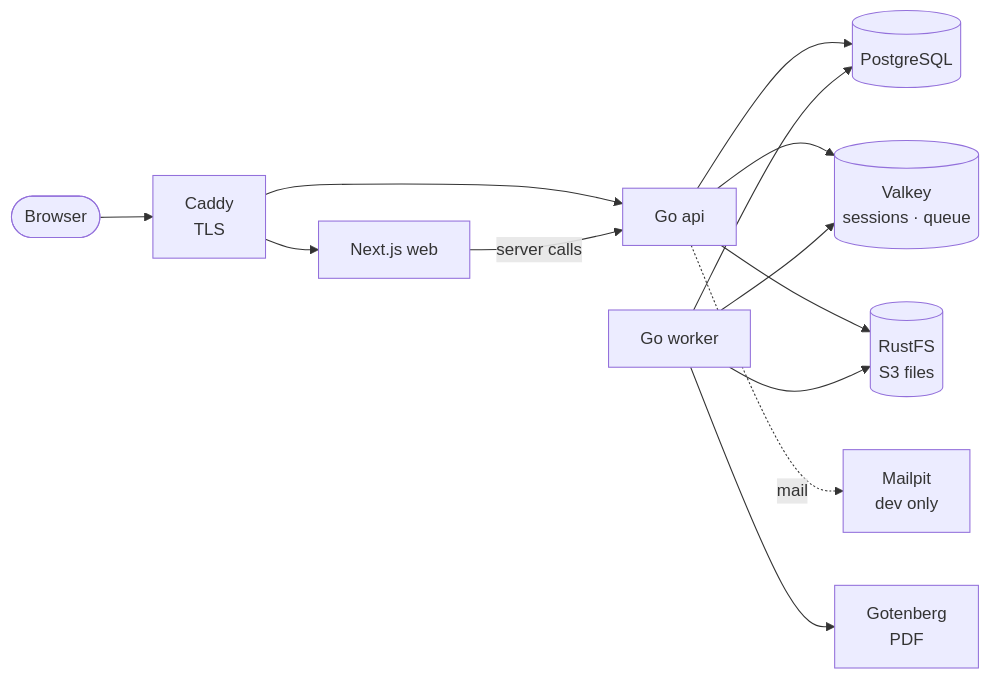
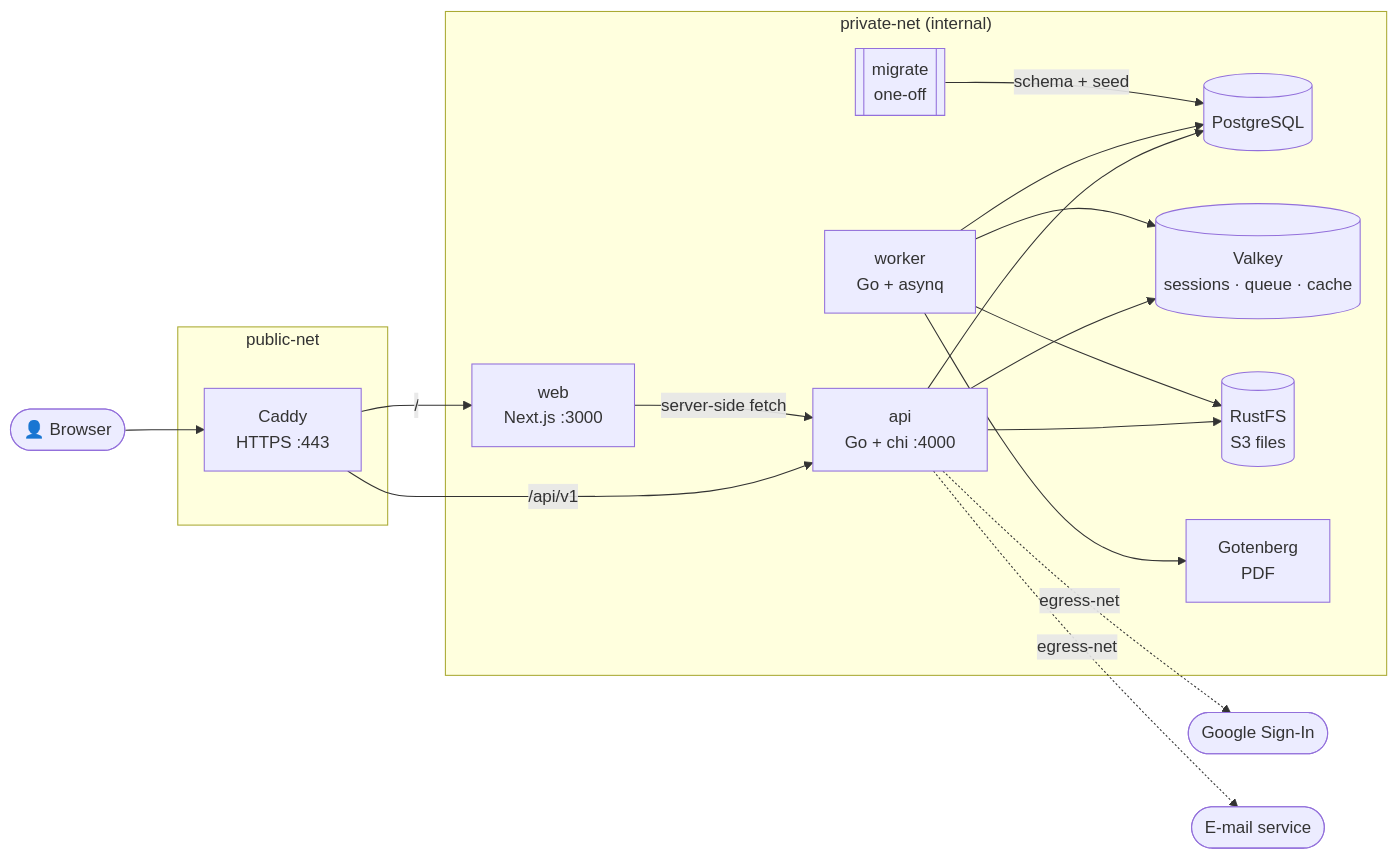
The first of 4 diagrams in README.md (suppakorn-tae/cre-website), drawn with Mermaid before and after one commit. The commit also changed other lines of this file, not shown here.

First line of the commit message:
docs(repo): add architecture, flow and scoring diagrams to readme

````diff
--- a/README.md
+++ b/README.md
@@ -155,15 +157,30 @@
 ```mermaid
 flowchart LR
-    browser([Browser]) --> caddy[Caddy<br/>TLS]
-    caddy --> web[Next.js web]
-    caddy --> api[Go api]
-    web -- server calls --> api
-    api --> db[(PostgreSQL)]
-    api --> valkey[(Valkey<br/>sessions · queue)]
-    api --> s3[(RustFS<br/>S3 files)]
-    worker[Go worker] --> db
-    worker --> valkey
-    worker --> s3
-    worker --> gotenberg[Gotenberg<br/>PDF]
-    api -. mail .-> mailpit[Mailpit<br/>dev only]
+    user([👤 Browser])
+    google([Google Sign-In])
+    mail([E-mail service])
+
+    subgraph public["public-net"]
+        caddy[Caddy<br/>HTTPS :443]
+    end
+
+    subgraph private["private-net (internal)"]
+        web[web<br/>Next.js :3000]
+        api[api<br/>Go + chi :4000]
+        worker[worker<br/>Go + asynq]
+        migrate[[migrate<br/>one-off]]
+        db[(PostgreSQL)]
+        valkey[(Valkey<br/>sessions · queue · cache)]
+        s3[(RustFS<br/>S3 files)]
+        pdf[Gotenberg<br/>PDF]
+    end
+
+    user --> caddy
+    caddy -- "/" --> web
+    caddy -- "/api/v1" --> api
+    web -- server-side fetch --> api
+    api --> db & valkey & s3
+    worker --> db & valkey & s3 & pdf
+    migrate -- schema + seed --> db
+    api -. egress-net .-> google & mail
 ```
````
